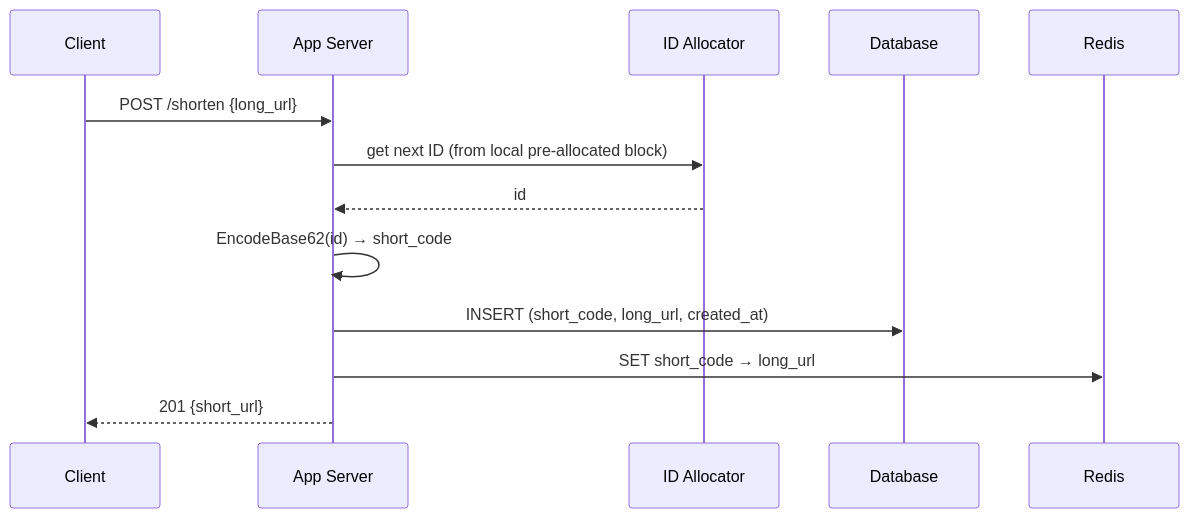
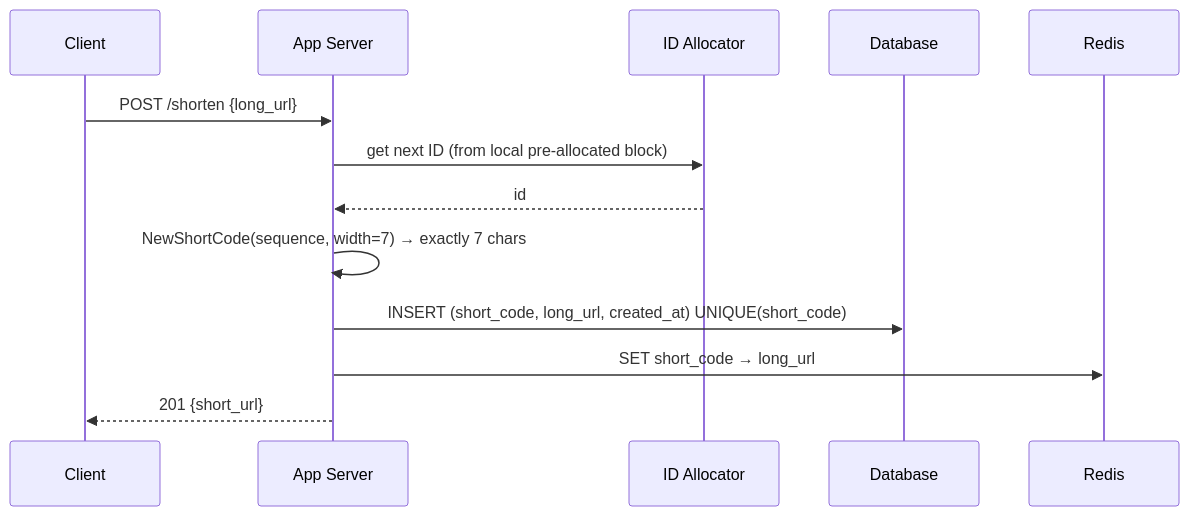
Before and after one commit to tarosh3/obsidian: the eighth of 9 diagrams in System Design/HLD/01 - Design TinyURL (URL Shortener)/Design TinyURL.md, drawn with Mermaid. The commit also changed other lines of this file and 30 other files, not shown here.

````diff
--- a/System Design/HLD/01 - Design TinyURL (URL Shortener)/Design TinyURL.md
+++ b/System Design/HLD/01 - Design TinyURL (URL Shortener)/Design TinyURL.md
@@ -212,16 +465,16 @@
 ```mermaid
 sequenceDiagram
     participant C as Client
     participant A as App Server
     participant I as ID Allocator
     participant D as Database
     participant R as Redis
 
     C->>A: POST /shorten {long_url}
     A->>I: get next ID (from local pre-allocated block)
     I-->>A: id
-    A->>A: EncodeBase62(id) → short_code
-    A->>D: INSERT (short_code, long_url, created_at)
+    A->>A: NewShortCode(sequence, width=7) → exactly 7 chars
+    A->>D: INSERT (short_code, long_url, created_at) UNIQUE(short_code)
     A->>R: SET short_code → long_url
     A-->>C: 201 {short_url}
 ```
````
